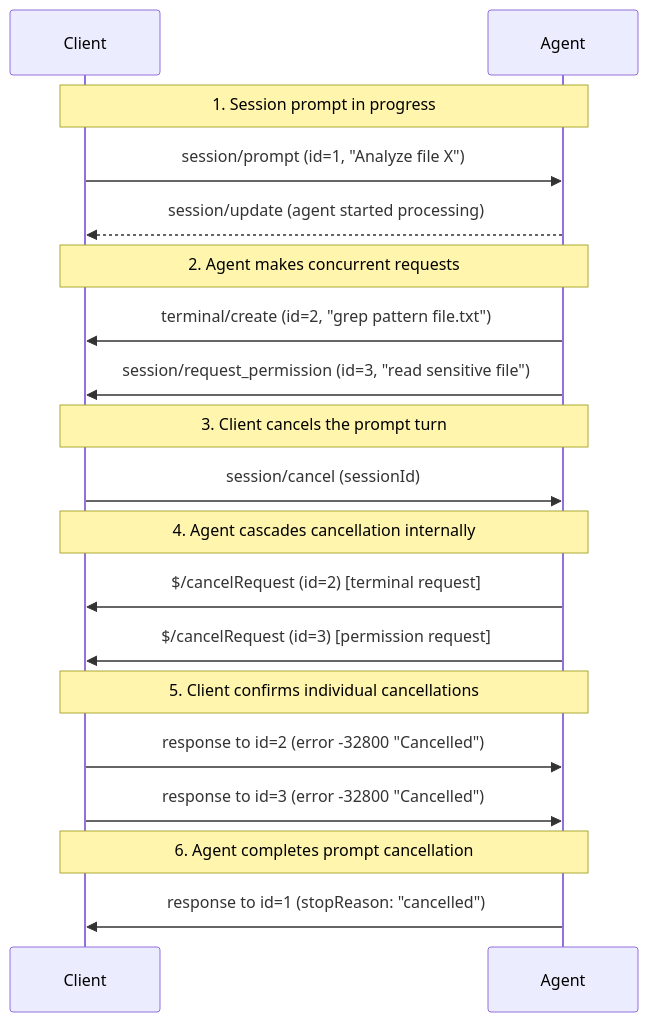
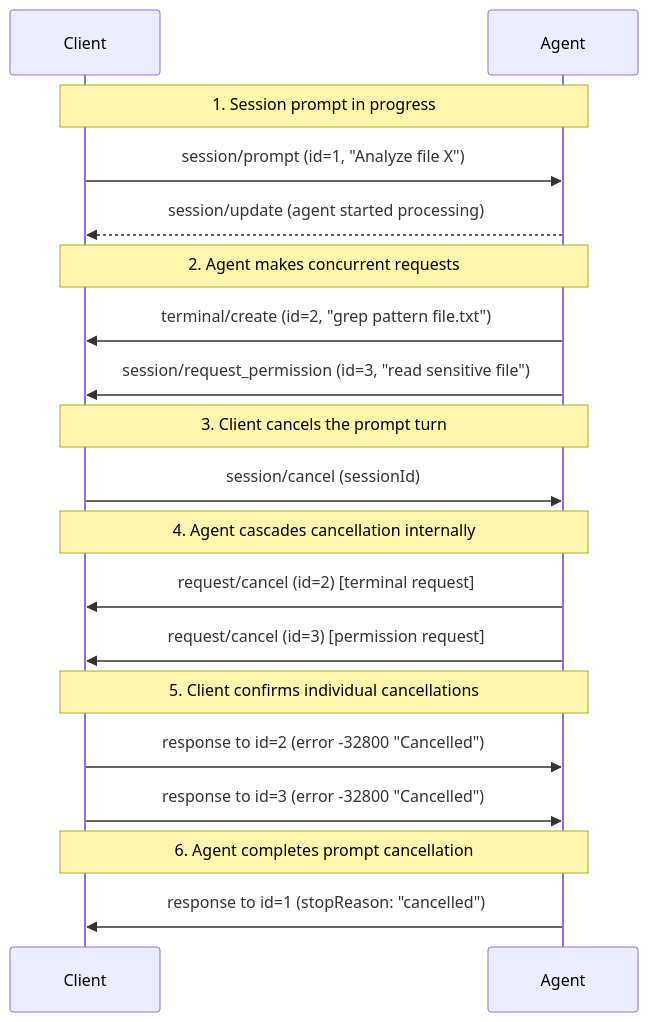
One commit to agentclientprotocol/agent-client-protocol changed the diagram in docs/rfds/request-cancellation.mdx. Above: the diagram before and after it, drawn with Mermaid. The commit also changed other lines of this file and 7 other files, not shown here.

````diff
--- a/docs/rfds/request-cancellation.mdx
+++ b/docs/rfds/request-cancellation.mdx
@@ -177,27 +180,27 @@
 ```mermaid
 sequenceDiagram
     participant Client
     participant Agent
 
     Note over Client,Agent: 1. Session prompt in progress
     Client->>Agent: session/prompt (id=1, "Analyze file X")
     Agent-->>Client: session/update (agent started processing)
 
     Note over Client,Agent: 2. Agent makes concurrent requests
     Agent->>Client: terminal/create (id=2, "grep pattern file.txt")
     Agent->>Client: session/request_permission (id=3, "read sensitive file")
 
     Note over Client,Agent: 3. Client cancels the prompt turn
     Client->>Agent: session/cancel (sessionId)
 
     Note over Client,Agent: 4. Agent cascades cancellation internally
-    Agent->>Client: $/cancelRequest (id=2) [terminal request]
-    Agent->>Client: $/cancelRequest (id=3) [permission request]
+    Agent->>Client: request/cancel (id=2) [terminal request]
+    Agent->>Client: request/cancel (id=3) [permission request]
 
     Note over Client,Agent: 5. Client confirms individual cancellations
     Client->>Agent: response to id=2 (error -32800 "Cancelled")
     Client->>Agent: response to id=3 (error -32800 "Cancelled")
 
     Note over Client,Agent: 6. Agent completes prompt cancellation
     Agent->>Client: response to id=1 (stopReason: "cancelled")
 ```
````
